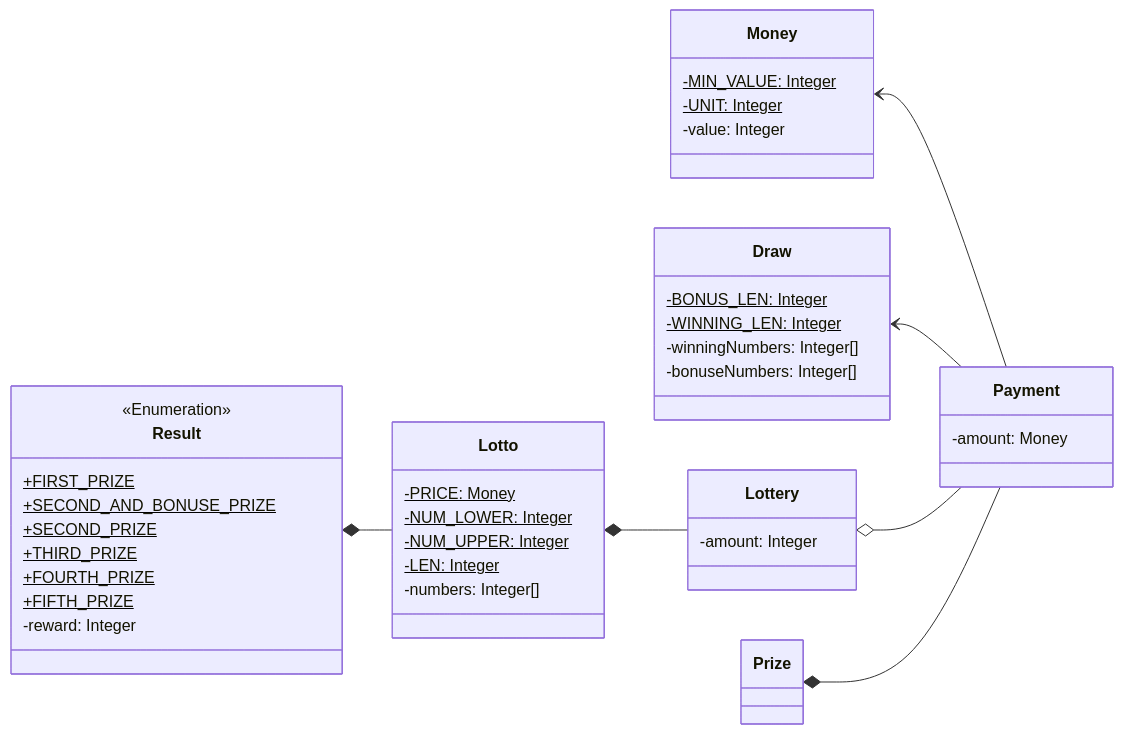
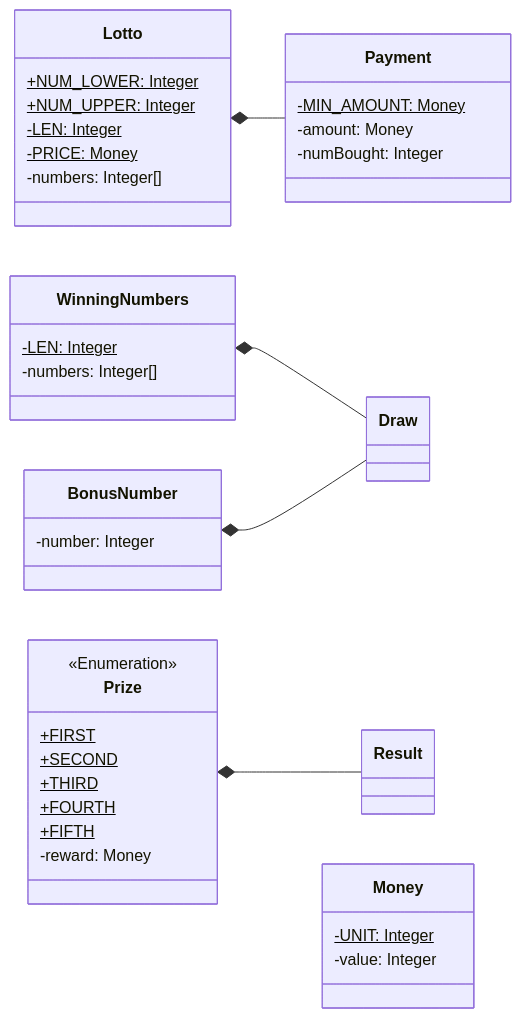
The second of 6 diagrams in docs/README.md (gdsc-konkuk/23-24_study_2nd_java-lotto-6), drawn with Mermaid before and after one commit. The commit also changed other lines of this file, not shown here.

````diff
--- a/docs/README.md
+++ b/docs/README.md
@@ -57,50 +56,46 @@
 ```mermaid
 classDiagram
     direction RL
-    Payment --> Money
-    Payment --> Draw
-    Payment --o Lottery
-    Lottery --* Lotto
-    Lotto --* Result
-    Payment --* Prize
+    Payment --* Lotto
+    Draw --* WinningNumbers
+    Draw --* BonusNumber
+    Result --* Prize
 
     class Money {
-        -MIN_VALUE: Integer$
         -UNIT: Integer$
         -value: Integer
     }
 
     class Payment {
+        -MIN_AMOUNT: Money$
         -amount: Money
-    }
-
-    class Lottery {
-        -amount: Integer
+        -numBought: Integer
     }
 
     class Lotto {
+        +NUM_LOWER: Integer$
+        +NUM_UPPER: Integer$
+        -LEN: Integer$
         -PRICE: Money$
-        -NUM_LOWER: Integer$
-        -NUM_UPPER: Integer$
+        -numbers: Integer[]
+    }
+
+    class WinningNumbers {
         -LEN: Integer$
         -numbers: Integer[]
     }
 
-    class Draw {
-        -BONUS_LEN: Integer$
-        -WINNING_LEN: Integer$
-        -winningNumbers: Integer[]
-        -bonuseNumbers: Integer[]
+    class BonusNumber {
+        -number: Integer
     }
 
-    class Result {
+    class Prize {
         <<Enumeration>>
-        +FIRST_PRIZE$
-        +SECOND_AND_BONUSE_PRIZE$
-        +SECOND_PRIZE$
-        +THIRD_PRIZE$
-        +FOURTH_PRIZE$
-        +FIFTH_PRIZE$
-        -reward: Integer
+        +FIRST$
+        +SECOND$
+        +THIRD$
+        +FOURTH$
+        +FIFTH$
+        -reward: Money
     }
 ```
````
